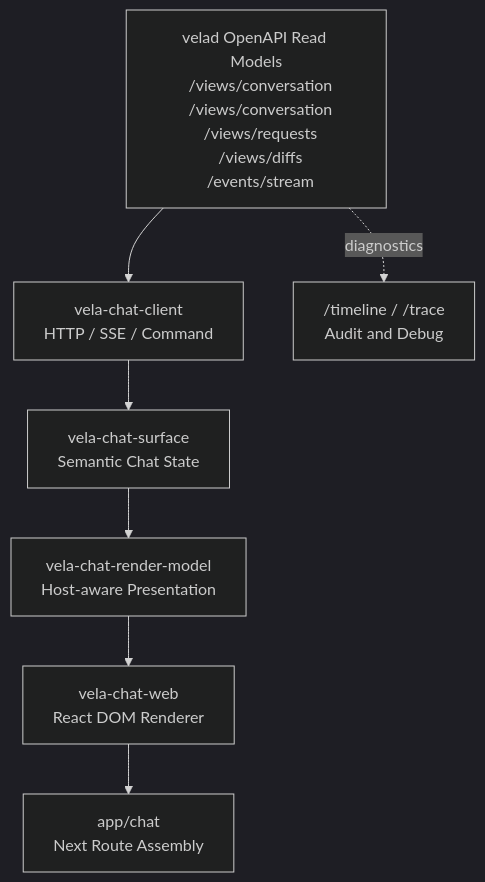
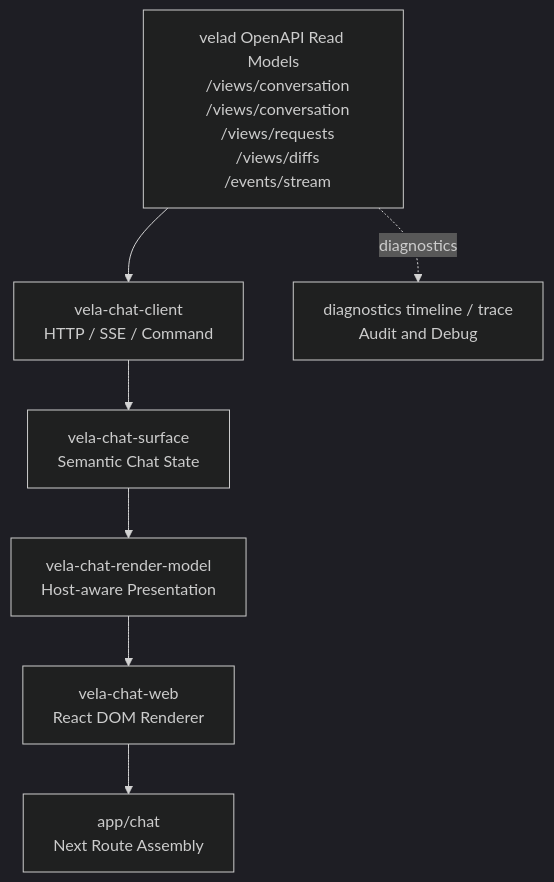
Before and after one commit to opencraft-app/opencraft: the first of 2 diagrams in content/docs/architecture/chat-surface-architecture.mdx, drawn with Mermaid (dark theme). The commit also changed other lines of this file and 30 other files, not shown here.

````diff
--- a/content/docs/architecture/chat-surface-architecture.mdx
+++ b/content/docs/architecture/chat-surface-architecture.mdx
@@ -12,21 +12,21 @@
 ```mermaid
 flowchart TD
   OpenAPI["velad OpenAPI Read Models
   /views/conversation
   /views/conversation
   /views/requests
   /views/diffs
   /events/stream"] --> Client["vela-chat-client
   HTTP / SSE / Command"]
   Client --> Surface["vela-chat-surface
   Semantic Chat State"]
   Surface --> RenderModel["vela-chat-render-model
   Host-aware Presentation"]
   RenderModel --> Web["vela-chat-web
   React DOM Renderer"]
   Web --> App["app/chat
   Next Route Assembly"]
 
-  OpenAPI -. diagnostics .-> Audit["/timeline / /trace
+  OpenAPI -. diagnostics .-> Audit["diagnostics timeline / trace
   Audit and Debug"]
 ```
````
